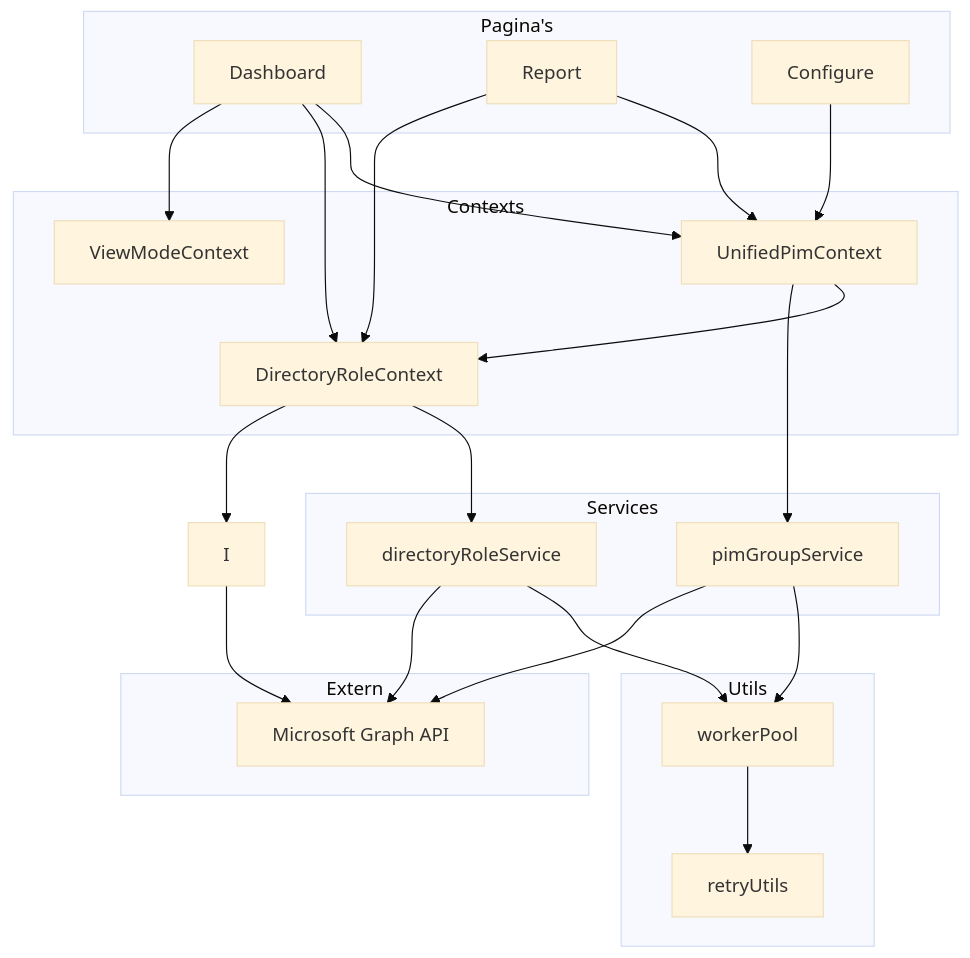
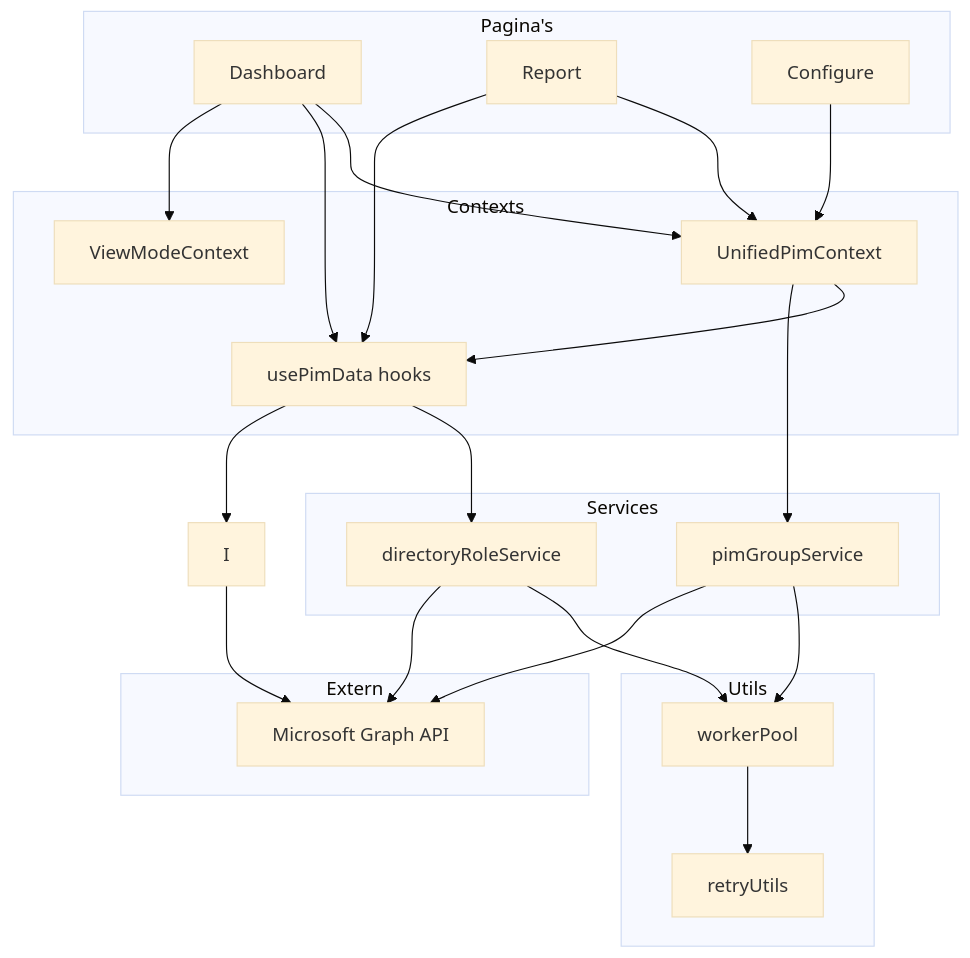
Before and after one commit to 0125joel/PIM-Manager: the diagram in docs/nl/02-mappenstructuur.md, drawn with Mermaid (base theme). The commit also changed other lines of this file and 330 other files, not shown here.

````diff
--- a/docs/nl/02-mappenstructuur.md
+++ b/docs/nl/02-mappenstructuur.md
@@ -194,45 +199,45 @@
 ```mermaid
 flowchart TD
     subgraph "Pagina's"
         A[Dashboard]
         B[Report]
         C[Configure]
     end
 
     subgraph "Contexts"
         D[UnifiedPimContext]
-        E[DirectoryRoleContext]
+        E[usePimData hooks]
         F[ViewModeContext]
     end
 
     subgraph "Services"
         G[directoryRoleService]
         H[pimGroupService]
     end
 
     subgraph "Utils"
         K[workerPool]
         L[retryUtils]
     end
 
     subgraph "Extern"
         M[Microsoft Graph API]
     end
 
     A --> D
     A --> E
     A --> F
     B --> D
     B --> E
     C --> D
     D --> E
     D --> H
     E --> G
     E --> I
     G --> K
     G --> M
     H --> K
     H --> M
     I --> M
     K --> L
 ```
````
